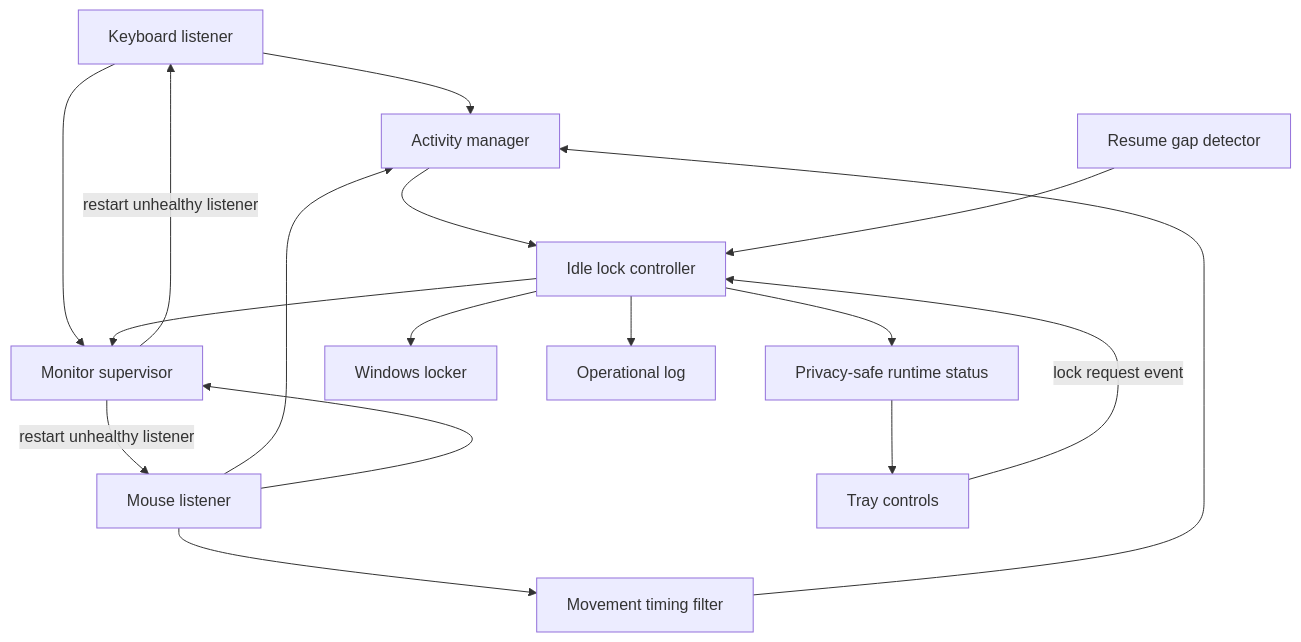
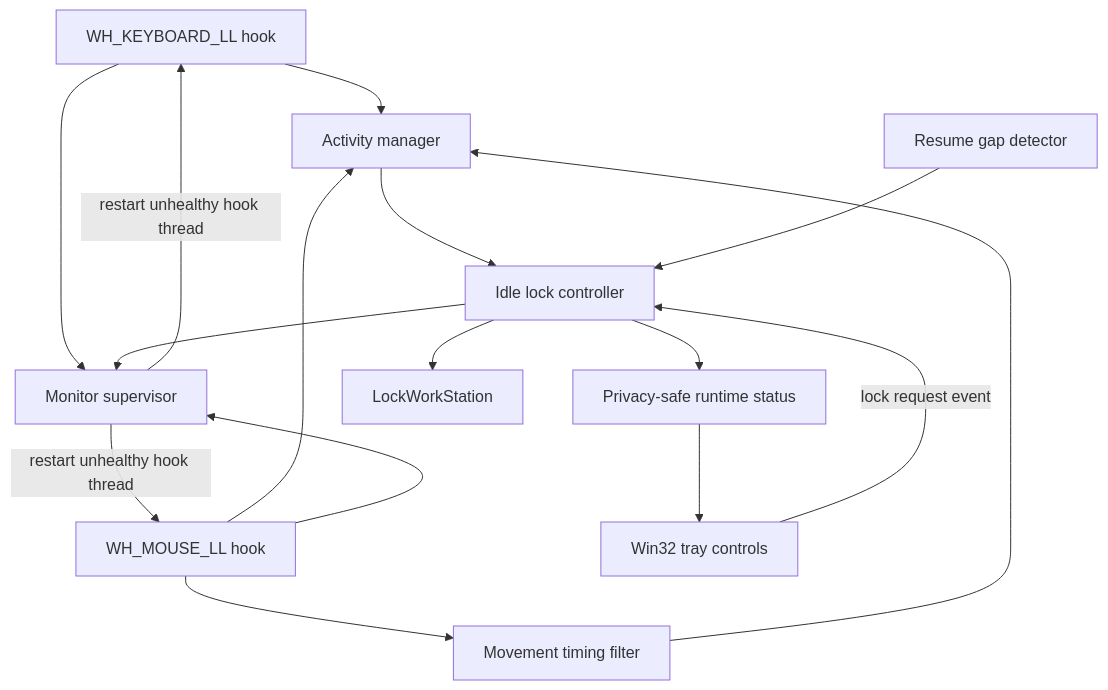
Before and after one commit to dev-collaboration-hub/sentinel-lock: the diagram in docs/ARCHITECTURE.md, drawn with Mermaid. The commit also changed other lines of this file, not shown here.

Commit message:
Document scratch Win32 architecture

````diff
--- a/docs/ARCHITECTURE.md
+++ b/docs/ARCHITECTURE.md
@@ -19,19 +16,18 @@
 ```mermaid
 flowchart TD
-    K["Keyboard listener"] --> A["Activity manager"]
-    M["Mouse listener"] --> F["Movement timing filter"]
+    K["WH_KEYBOARD_LL hook"] --> A["Activity manager"]
+    M["WH_MOUSE_LL hook"] --> F["Movement timing filter"]
     F --> A
     M --> A
     K --> H["Monitor supervisor"]
     M --> H
-    H -->|restart unhealthy listener| K
-    H -->|restart unhealthy listener| M
+    H -->|restart unhealthy hook thread| K
+    H -->|restart unhealthy hook thread| M
     A --> C["Idle lock controller"]
     C --> H
     R["Resume gap detector"] --> C
-    T["Tray controls"] -->|lock request event| C
+    T["Win32 tray controls"] -->|lock request event| C
     C --> S["Privacy-safe runtime status"]
     S --> T
-    C --> L["Windows locker"]
-    C --> O["Operational log"]
+    C --> L["LockWorkStation"]
 ```
````
